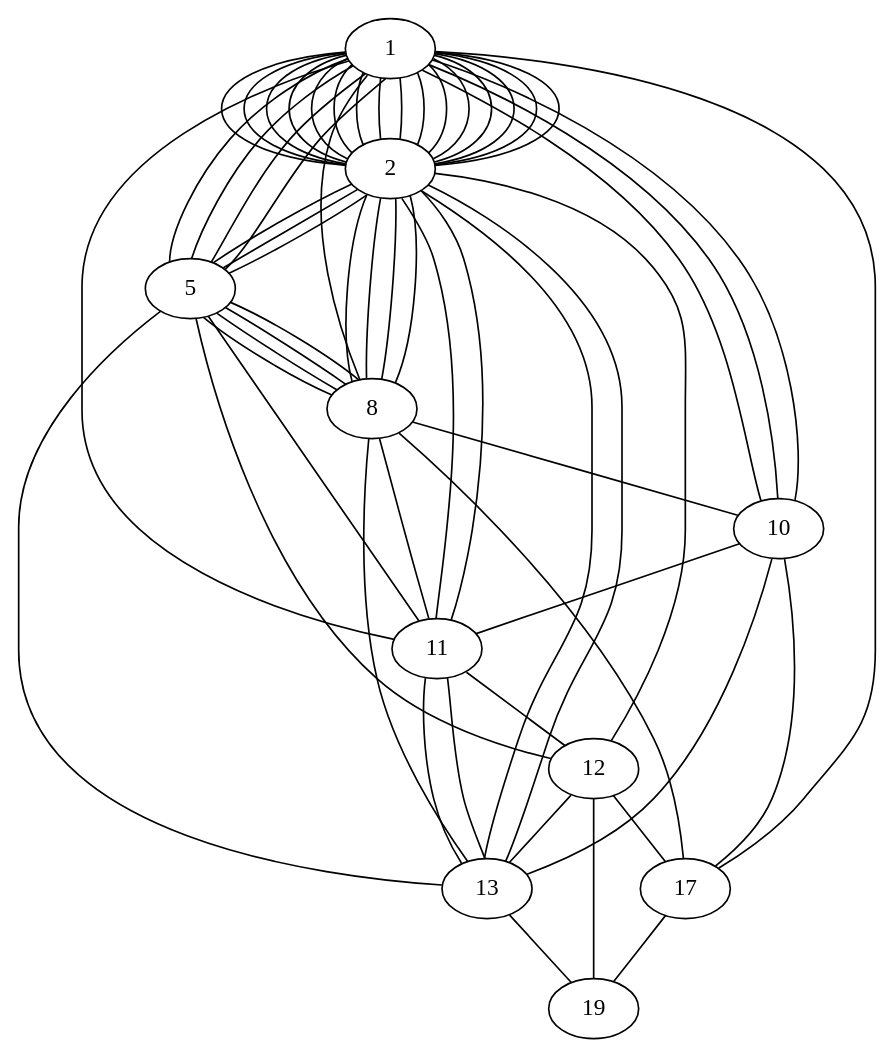
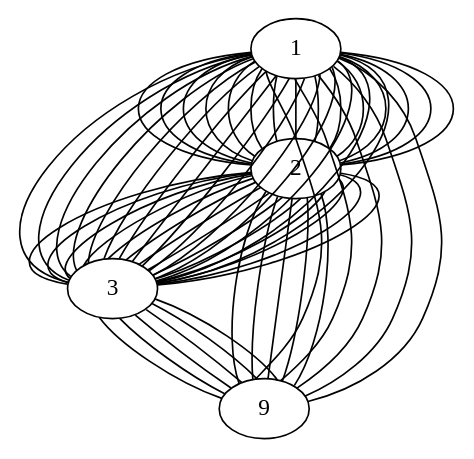
Before and after one commit to GuidoHeijden/CNproject_PAmodels: the diagram in hofstad_PA.dot, drawn with Graphviz. The commit also changed 4 other files, not shown here.

```diff
--- a/hofstad_PA.dot
+++ b/hofstad_PA.dot
@@ -1,72 +1,66 @@
 graph  {
-1 [pos="[-0.26617108  0.05777642]"];
-2 [pos="[0.59459157 0.34981396]"];
-5 [pos="[0.369225   0.71433465]"];
-8 [pos="[-0.50012828  0.44648906]"];
-10 [pos="[-0.87119825 -0.09106005]"];
-11 [pos="[-0.06708586  0.58129914]"];
-12 [pos="[ 0.63310411 -0.25466585]"];
-13 [pos="[ 0.08623448 -0.14757828]"];
-17 [pos="[-0.35037223 -0.65640905]"];
-19 [pos="[ 0.37180053 -1.        ]"];
+1 [pos="[9.99999996e-01 3.03274642e-08]"];
+2 [pos="[-3.71281868e-08  1.00000000e+00]"];
+3 [pos="[-9.99999991e-01 -4.31302327e-08]"];
+9 [pos="[ 3.24731609e-08 -9.99999987e-01]"];
 1 -- 2  [key=0];
 1 -- 2  [key=1];
 1 -- 2  [key=2];
 1 -- 2  [key=3];
 1 -- 2  [key=4];
 1 -- 2  [key=5];
 1 -- 2  [key=6];
 1 -- 2  [key=7];
 1 -- 2  [key=8];
 1 -- 2  [key=9];
 1 -- 2  [key=10];
 1 -- 2  [key=11];
 1 -- 2  [key=12];
 1 -- 2  [key=13];
 1 -- 2  [key=14];
-1 -- 2  [key=15];
-1 -- 5  [key=0];
-1 -- 5  [key=1];
-1 -- 5  [key=2];
-1 -- 5  [key=3];
-1 -- 10  [key=0];
-1 -- 10  [key=1];
-1 -- 10  [key=2];
-1 -- 11  [key=0];
-1 -- 8  [key=0];
-1 -- 17  [key=0];
-2 -- 5  [key=0];
-2 -- 5  [key=1];
-2 -- 5  [key=2];
-2 -- 8  [key=0];
-2 -- 8  [key=1];
-2 -- 8  [key=2];
-2 -- 8  [key=3];
-2 -- 12  [key=0];
-2 -- 13  [key=0];
-2 -- 13  [key=1];
-2 -- 11  [key=0];
-2 -- 11  [key=1];
-5 -- 8  [key=0];
-5 -- 8  [key=1];
-5 -- 8  [key=2];
-5 -- 8  [key=3];
-5 -- 12  [key=0];
-5 -- 13  [key=0];
-5 -- 11  [key=0];
-8 -- 10  [key=0];
-8 -- 11  [key=0];
-8 -- 13  [key=0];
-8 -- 17  [key=0];
-10 -- 11  [key=0];
-10 -- 13  [key=0];
-10 -- 17  [key=0];
-11 -- 12  [key=0];
-11 -- 13  [key=0];
-11 -- 13  [key=1];
-12 -- 13  [key=0];
-12 -- 17  [key=0];
-12 -- 19  [key=0];
-13 -- 19  [key=0];
-17 -- 19  [key=0];
+1 -- 3  [key=0];
+1 -- 3  [key=1];
+1 -- 3  [key=2];
+1 -- 3  [key=3];
+1 -- 3  [key=4];
+1 -- 3  [key=5];
+1 -- 3  [key=6];
+1 -- 3  [key=7];
+1 -- 3  [key=8];
+1 -- 3  [key=9];
+1 -- 3  [key=10];
+1 -- 3  [key=11];
+1 -- 3  [key=12];
+1 -- 3  [key=13];
+1 -- 3  [key=14];
+1 -- 9  [key=0];
+1 -- 9  [key=1];
+1 -- 9  [key=2];
+1 -- 9  [key=3];
+1 -- 9  [key=4];
+2 -- 3  [key=0];
+2 -- 3  [key=1];
+2 -- 3  [key=2];
+2 -- 3  [key=3];
+2 -- 3  [key=4];
+2 -- 3  [key=5];
+2 -- 3  [key=6];
+2 -- 3  [key=7];
+2 -- 3  [key=8];
+2 -- 3  [key=9];
+2 -- 3  [key=10];
+2 -- 3  [key=11];
+2 -- 3  [key=12];
+2 -- 3  [key=13];
+2 -- 9  [key=0];
+2 -- 9  [key=1];
+2 -- 9  [key=2];
+2 -- 9  [key=3];
+2 -- 9  [key=4];
+3 -- 9  [key=0];
+3 -- 9  [key=1];
+3 -- 9  [key=2];
+3 -- 9  [key=3];
+3 -- 9  [key=4];
+3 -- 9  [key=5];
 }
```
